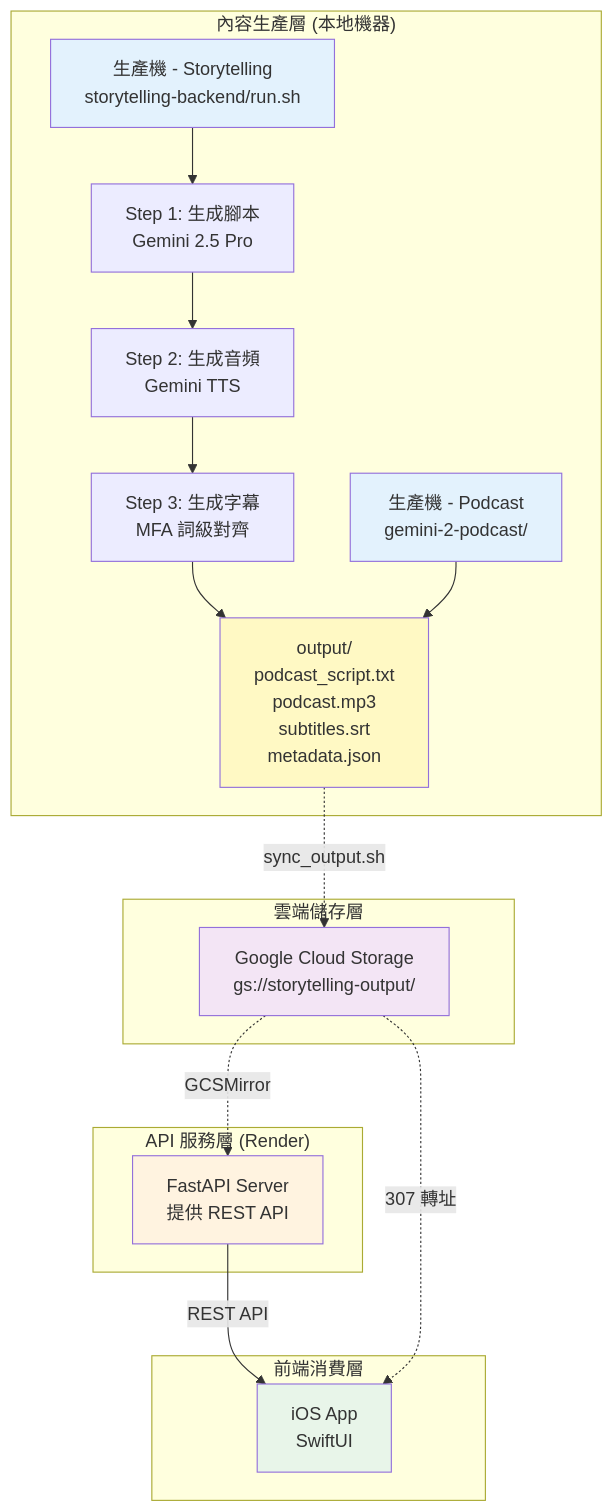
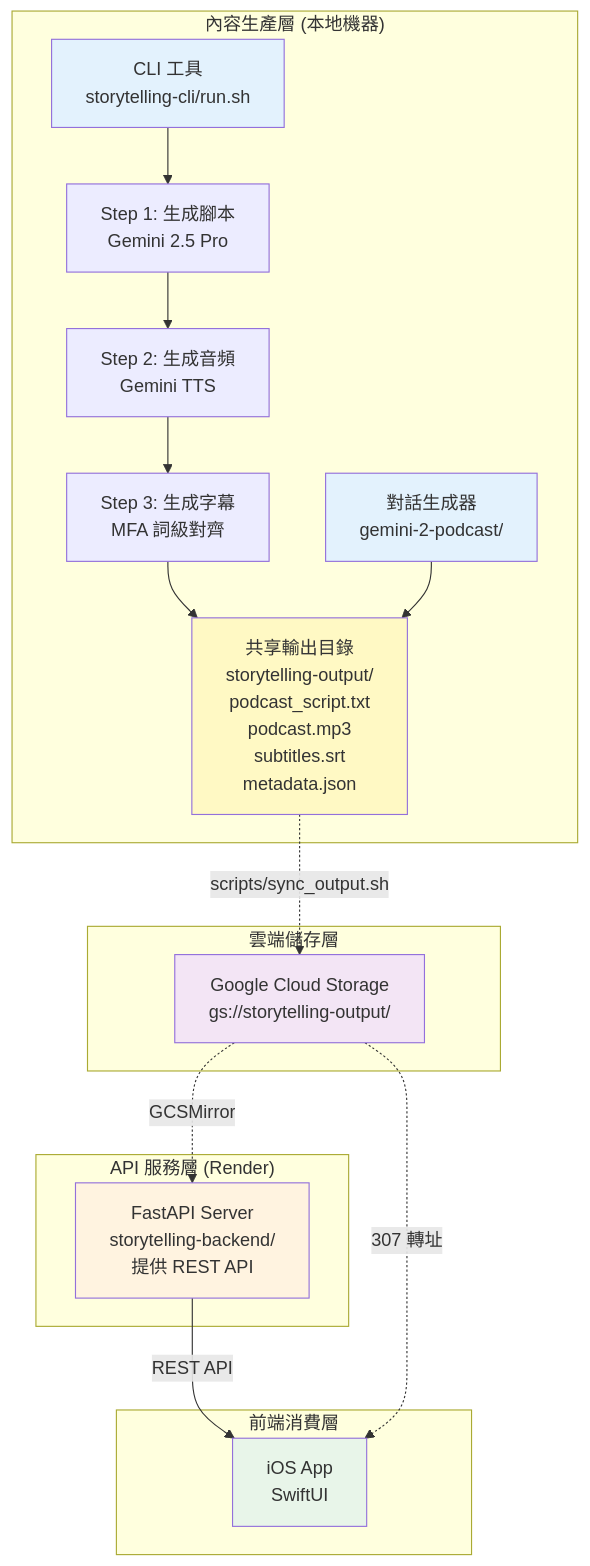
The first of 2 diagrams in README.md (MaxChen228/podcast-workspace), drawn with Mermaid before and after one commit. The commit also changed other lines of this file and 27 other files, not shown here.

First line of the commit message:
feat: implement Phase 2 of CLI/Server split

````diff
--- a/README.md
+++ b/README.md
@@ -24,40 +29,40 @@
 ```mermaid
 graph TB
     subgraph "內容生產層 (本地機器)"
-        A1[生產機 - Storytelling<br/>storytelling-backend/run.sh]
-        A2[生產機 - Podcast<br/>gemini-2-podcast/]
+        A1[CLI 工具<br/>storytelling-cli/run.sh]
+        A2[對話生成器<br/>gemini-2-podcast/]
 
         A1_1[Step 1: 生成腳本<br/>Gemini 2.5 Pro]
         A1_2[Step 2: 生成音頻<br/>Gemini TTS]
         A1_3[Step 3: 生成字幕<br/>MFA 詞級對齊]
 
         A1 --> A1_1 --> A1_2 --> A1_3
-        OUTPUT[output/<br/>podcast_script.txt<br/>podcast.mp3<br/>subtitles.srt<br/>metadata.json]
+        OUTPUT[共享輸出目錄<br/>storytelling-output/<br/>podcast_script.txt<br/>podcast.mp3<br/>subtitles.srt<br/>metadata.json]
         A1_3 --> OUTPUT
         A2 --> OUTPUT
     end
 
     subgraph "雲端儲存層"
         GCS[Google Cloud Storage<br/>gs://storytelling-output/]
     end
 
     subgraph "API 服務層 (Render)"
-        B[FastAPI Server<br/>提供 REST API]
+        B[FastAPI Server<br/>storytelling-backend/<br/>提供 REST API]
     end
 
     subgraph "前端消費層"
         C[iOS App<br/>SwiftUI]
     end
 
-    OUTPUT -.->|sync_output.sh| GCS
+    OUTPUT -.->|scripts/sync_output.sh| GCS
     GCS -.->|GCSMirror| B
     B -->|REST API| C
     GCS -.->|307 轉址| C
 
     style A1 fill:#e3f2fd
     style A2 fill:#e3f2fd
     style OUTPUT fill:#fff9c4
     style GCS fill:#f3e5f5
     style B fill:#fff3e0
     style C fill:#e8f5e9
 ```
````
